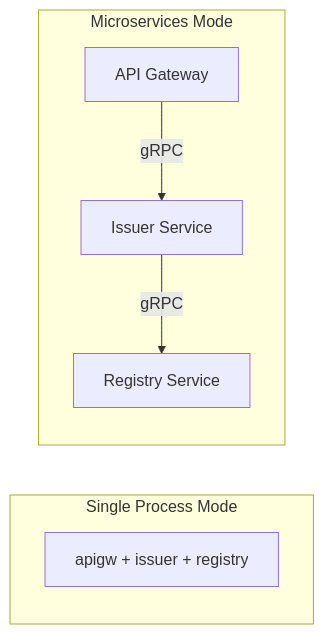
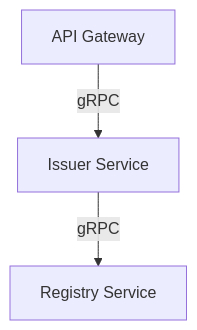
The sixth of 11 diagrams in docs/sirosid/integrations/issuers/concepts.md (sirosfoundation/docs), drawn with Mermaid before and after one commit. The commit also changed other lines of this file and 18 other files, not shown here.

````diff
--- a/docs/sirosid/integrations/issuers/concepts.md
+++ b/docs/sirosid/integrations/issuers/concepts.md
@@ -250,15 +273,9 @@
 ```mermaid
-flowchart LR
-    subgraph "Single Process Mode"
-        Combined[apigw + issuer + registry]
-    end
+flowchart TB
+    APIGW[API Gateway]
+    Issuer[Issuer Service]
+    Registry[Registry Service]
 
-    subgraph "Microservices Mode"
-        APIGW[API Gateway]
-        Issuer[Issuer Service]
-        Registry[Registry Service]
-
-        APIGW -->|gRPC| Issuer
-        Issuer -->|gRPC| Registry
-    end
+    APIGW -->|gRPC| Issuer
+    Issuer -->|gRPC| Registry
 ```
````
